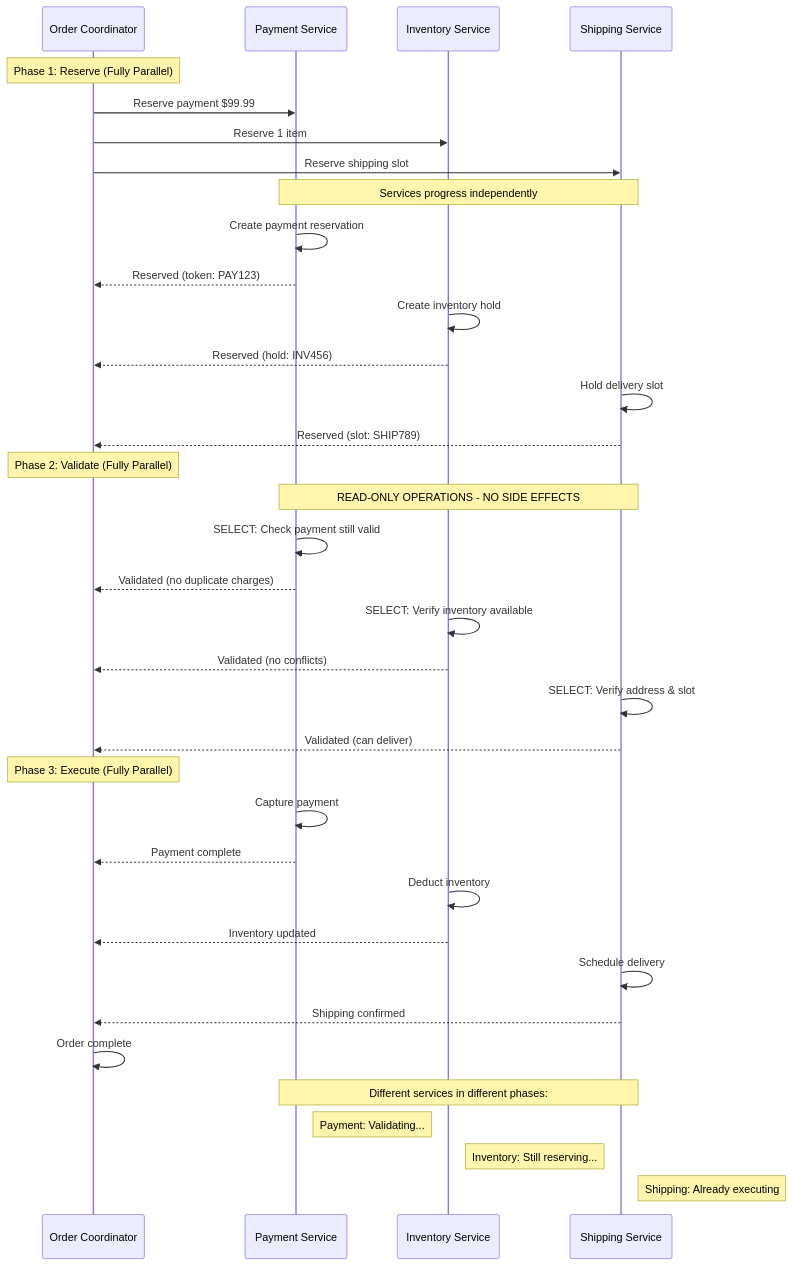
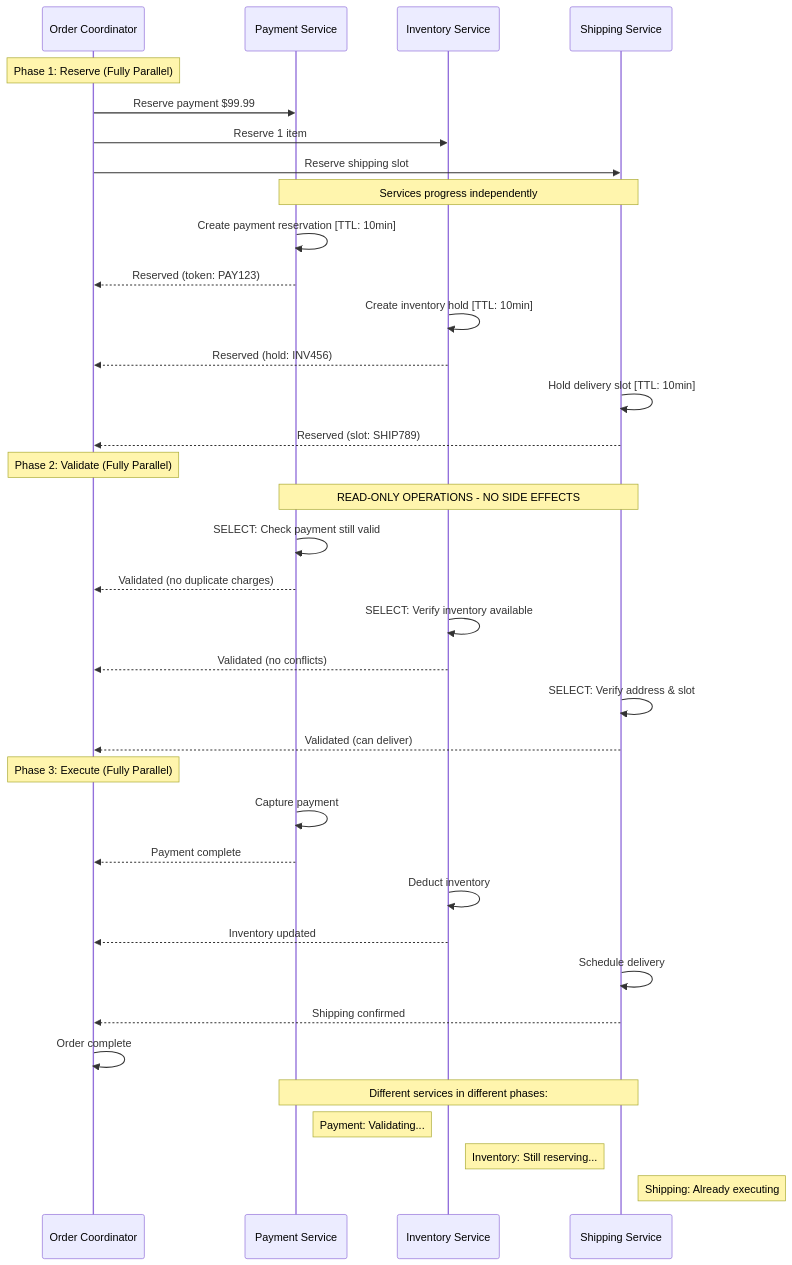
One commit to ha1tch/dxp changed diagram 11 of 23 in doc/dxp-03-sequence-diagrams.md. Above: the diagram before and after it, drawn with Mermaid. The commit also changed other lines of this file and 6 other files, not shown here.

````diff
--- a/doc/dxp-03-sequence-diagrams.md
+++ b/doc/dxp-03-sequence-diagrams.md
@@ -352,54 +472,54 @@
 ```mermaid
 sequenceDiagram
     participant O as Order Coordinator
     participant P as Payment Service
     participant I as Inventory Service
     participant S as Shipping Service
 
     Note over O: Phase 1: Reserve (Fully Parallel)
     
     O->>P: Reserve payment $99.99
     O->>I: Reserve 1 item
     O->>S: Reserve shipping slot
 
     Note over P,S: Services progress independently
     
-    P->>P: Create payment reservation
+    P->>P: Create payment reservation [TTL: 10min]
     P-->>O: Reserved (token: PAY123)
     
-    I->>I: Create inventory hold
+    I->>I: Create inventory hold [TTL: 10min]
     I-->>O: Reserved (hold: INV456)
     
-    S->>S: Hold delivery slot
+    S->>S: Hold delivery slot [TTL: 10min]
     S-->>O: Reserved (slot: SHIP789)
 
     Note over O: Phase 2: Validate (Fully Parallel)
     Note over P,S: READ-ONLY OPERATIONS - NO SIDE EFFECTS
     
     P->>P: SELECT: Check payment still valid
     P-->>O: Validated (no duplicate charges)
     
     I->>I: SELECT: Verify inventory available
     I-->>O: Validated (no conflicts)
     
     S->>S: SELECT: Verify address & slot
     S-->>O: Validated (can deliver)
 
     Note over O: Phase 3: Execute (Fully Parallel)
     
     P->>P: Capture payment
     P-->>O: Payment complete
     
     I->>I: Deduct inventory
     I-->>O: Inventory updated
     
     S->>S: Schedule delivery
     S-->>O: Shipping confirmed
 
     O->>O: Order complete
 
     Note over P,S: Different services in different phases:
     Note right of P: Payment: Validating...
     Note right of I: Inventory: Still reserving...
     Note right of S: Shipping: Already executing
 ```
````
